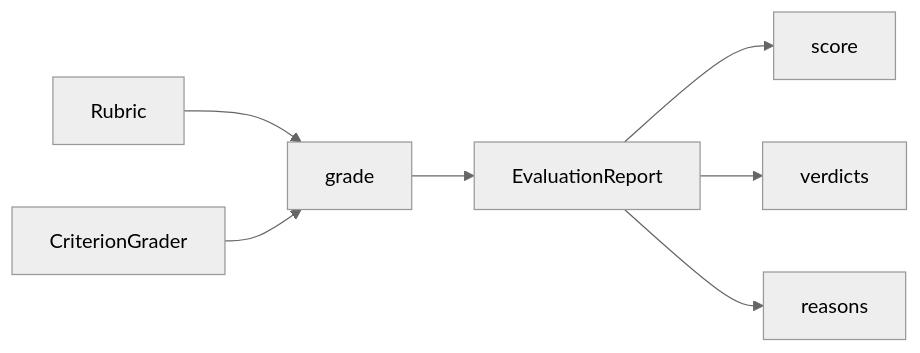
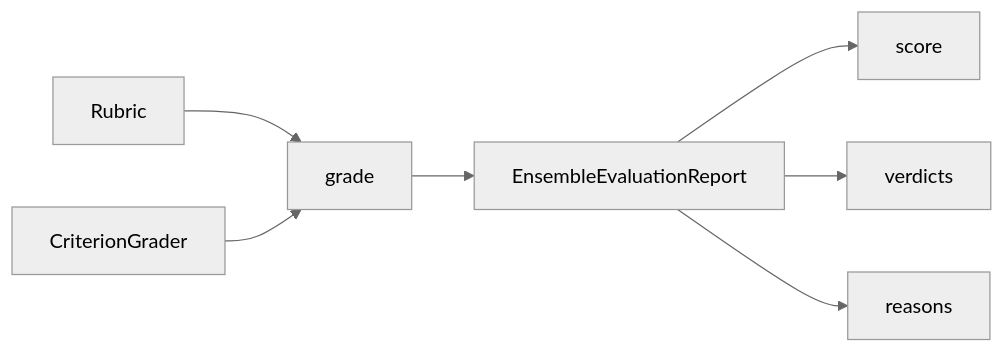
The diagram in docs/cookbook/first-evaluation.md (delip/autorubric), drawn with Mermaid (neutral theme) before and after one commit. The commit also changed other lines of this file and 35 other files, not shown here.

````diff
--- a/docs/cookbook/first-evaluation.md
+++ b/docs/cookbook/first-evaluation.md
@@ -9,9 +9,9 @@
 ```mermaid
 flowchart LR
     R[Rubric] --> G[grade]
     Gr[CriterionGrader] --> G
-    G --> E[EvaluationReport]
+    G --> E[EnsembleEvaluationReport]
     E --> S[score]
     E --> V[verdicts]
     E --> Re[reasons]
 ```
````
